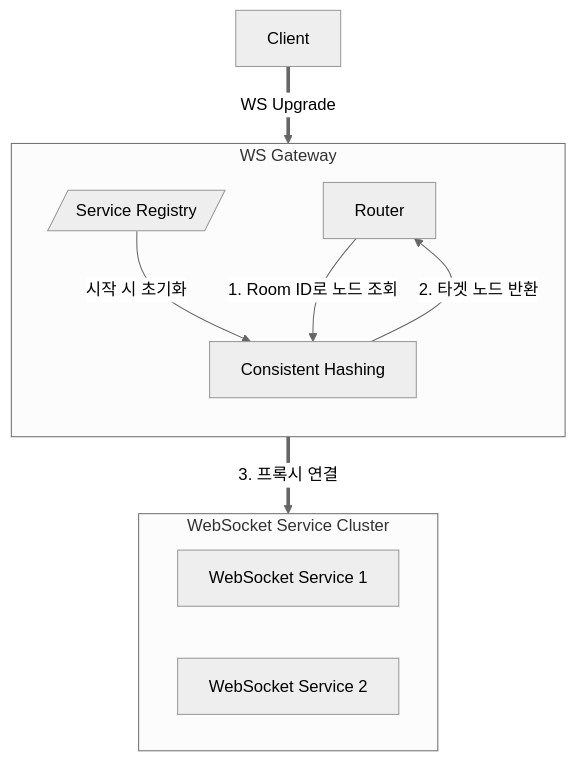
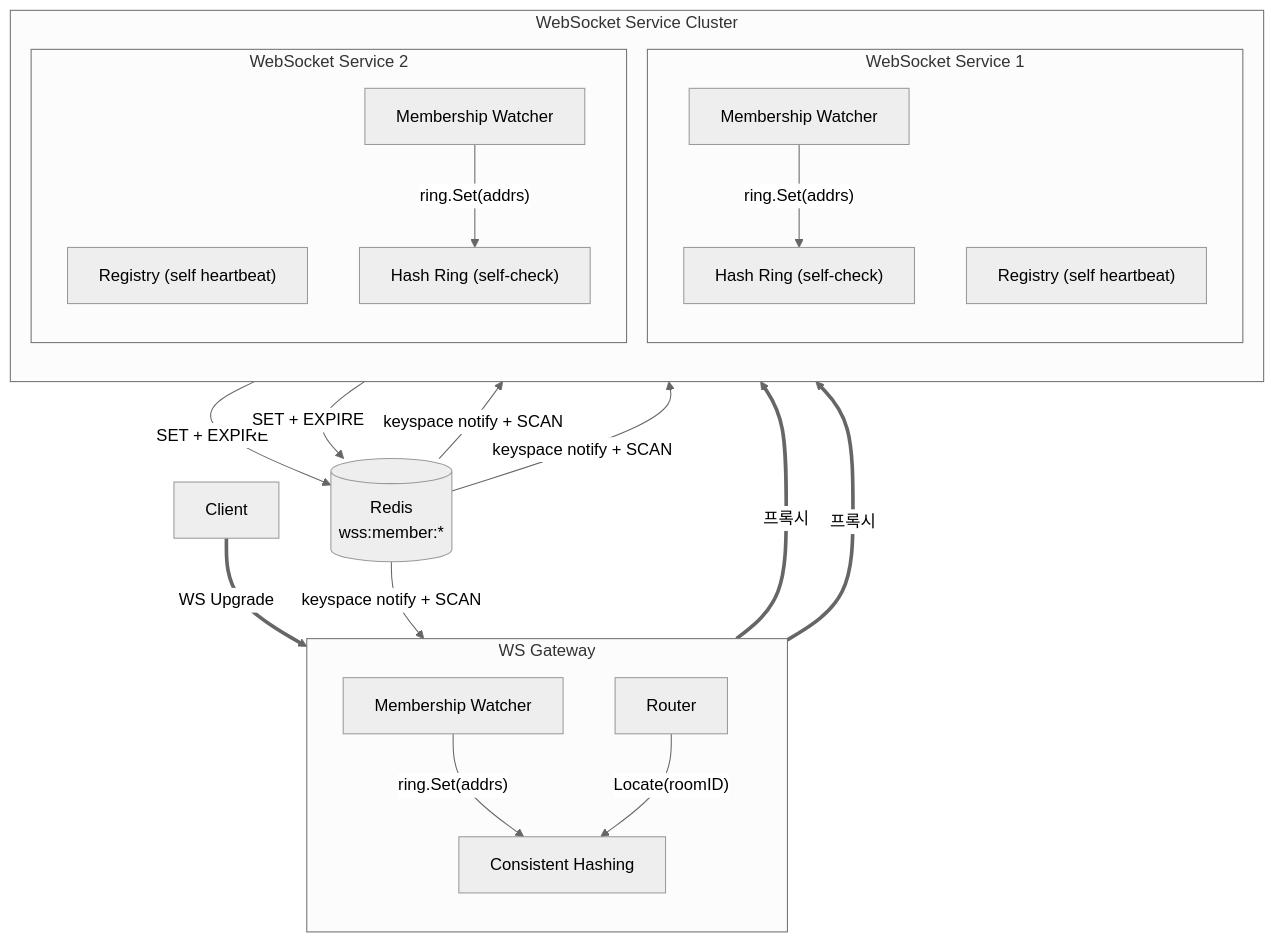
One commit to happyhun/go-chat-msa changed the diagram in docs/diagrams/flow-ws-routing.mmd. Above: the diagram before and after it, drawn with Mermaid (neutral theme). The commit also changed 5 other files, not shown here.

Commit message:
docs: 분산 라우팅 정합성 설계와 다이어그램 추가

```diff
--- a/docs/diagrams/flow-ws-routing.mmd
+++ b/docs/diagrams/flow-ws-routing.mmd
@@ -1,23 +1,42 @@
 flowchart TB
     Client["Client"]
 
     subgraph WSGateway ["WS Gateway"]
         direction TB
         Router["Router"]
         Hashring["Consistent Hashing"]
-        Config[/"Service Registry"/]
+        Watcher_G["Membership Watcher"]
     end
 
     subgraph WS_Cluster ["WebSocket Service Cluster"]
-        direction LR
-        WSS1["WebSocket Service 1"]
-        WSS2["WebSocket Service 2"]
+        direction TB
+        subgraph WSS1 ["WebSocket Service 1"]
+            Reg1["Registry (self heartbeat)"]
+            Watcher1["Membership Watcher"]
+            Ring1["Hash Ring (self-check)"]
+        end
+        subgraph WSS2 ["WebSocket Service 2"]
+            Reg2["Registry (self heartbeat)"]
+            Watcher2["Membership Watcher"]
+            Ring2["Hash Ring (self-check)"]
+        end
     end
+
+    Redis[("Redis<br/>wss:member:*")]
 
     Client == "WS Upgrade" ==> Router
 
-    Config -- "시작 시 초기화" --> Hashring
-    Router -- "1. Room ID로 노드 조회" --> Hashring
-    Hashring -- "2. 타겟 노드 반환" --> Router
+    Reg1 -- "SET + EXPIRE" --> Redis
+    Reg2 -- "SET + EXPIRE" --> Redis
 
-    Router == "3. 프록시 연결" ==> WS_Cluster
+    Redis -- "keyspace notify + SCAN" --> Watcher_G
+    Redis -- "keyspace notify + SCAN" --> Watcher1
+    Redis -- "keyspace notify + SCAN" --> Watcher2
+
+    Watcher_G -- "ring.Set(addrs)" --> Hashring
+    Watcher1 -- "ring.Set(addrs)" --> Ring1
+    Watcher2 -- "ring.Set(addrs)" --> Ring2
+
+    Router -- "Locate(roomID)" --> Hashring
+    Router == "프록시" ==> WSS1
+    Router == "프록시" ==> WSS2
```
